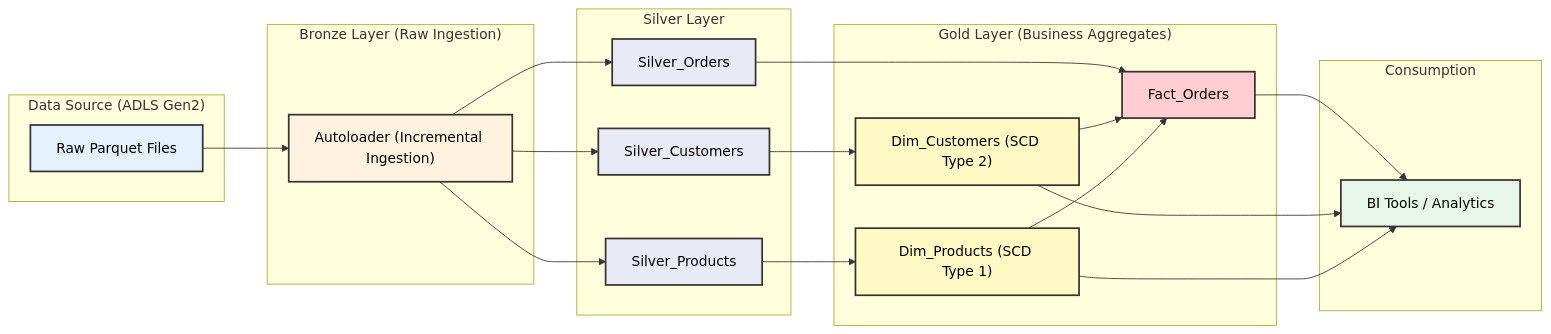
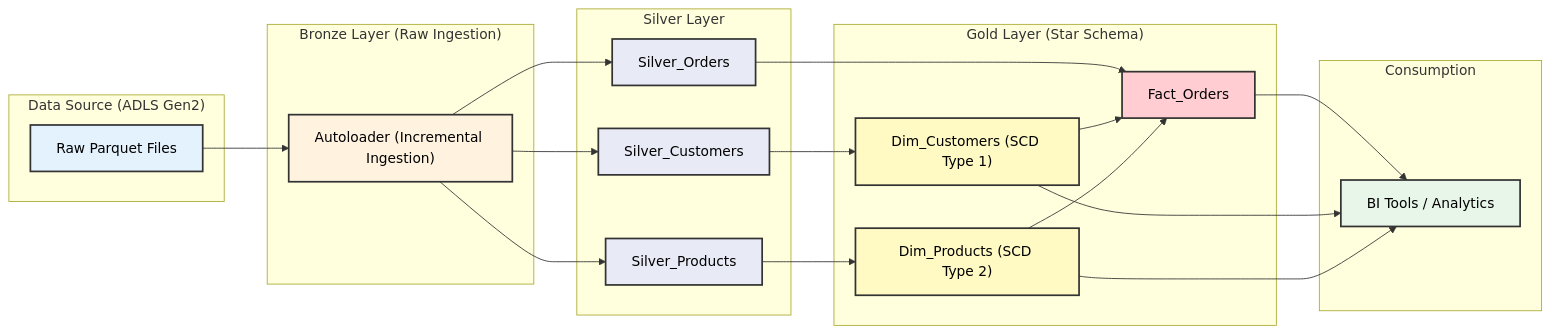
One commit to AshutoshBhate/DataEngineering changed the diagram in Azure_EndToEnd_Project/ReadME.md. Above: the diagram before and after it, drawn with Mermaid. The commit also changed other lines of this file and 2 other files, not shown here.

````diff
--- a/Azure_EndToEnd_Project/ReadME.md
+++ b/Azure_EndToEnd_Project/ReadME.md
@@ -32,66 +33,66 @@
 ```mermaid
 graph LR
     %% 1. Define all nodes first
     RawFiles["Raw Parquet Files"]
     AutoLoader["Autoloader (Incremental Ingestion)"]
     SilverCustomers["Silver_Customers"]
     SilverProducts["Silver_Products"]
     SilverOrders["Silver_Orders"]
-    DimCustomers["Dim_Customers (SCD Type 2)"]
-    DimProducts["Dim_Products (SCD Type 1)"]
+    DimCustomers["Dim_Customers (SCD Type 1)"]
+    DimProducts["Dim_Products (SCD Type 2)"]
     FactOrders["Fact_Orders"]
     BI["BI Tools / Analytics"]
 
     %% 2. Group nodes into subgraphs
     subgraph "Data Source (ADLS Gen2)"
         RawFiles
     end
 
     subgraph "Bronze Layer (Raw Ingestion)"
         AutoLoader
     end
 
     subgraph "Silver Layer"
         SilverCustomers
         SilverProducts
         SilverOrders
     end
 
-    subgraph "Gold Layer (Business Aggregates)"
+    subgraph "Gold Layer (Star Schema)"
         DimCustomers
         DimProducts
         FactOrders
     end
     
     subgraph "Consumption"
         BI
     end
 
     %% 3. Define the data flow (connections)
     RawFiles --> AutoLoader;
     AutoLoader --> SilverCustomers;
     AutoLoader --> SilverProducts;
     AutoLoader --> SilverOrders;
     
     SilverCustomers --> DimCustomers;
     SilverProducts --> DimProducts;
     
     SilverOrders --> FactOrders;
     DimCustomers --> FactOrders;
     DimProducts --> FactOrders;
     
     FactOrders --> BI;
     DimCustomers --> BI;
     DimProducts --> BI;
 
     %% 4. Apply styling at the end
     style RawFiles fill:#E3F2FD,stroke:#333,stroke-width:2px,color:black
     style AutoLoader fill:#FFF3E0,stroke:#333,stroke-width:2px,color:black
     style SilverCustomers fill:#E8EAF6,stroke:#333,stroke-width:2px,color:black
     style SilverProducts fill:#E8EAF6,stroke:#333,stroke-width:2px,color:black
     style SilverOrders fill:#E8EAF6,stroke:#333,stroke-width:2px,color:black
     style DimCustomers fill:#FFF9C4,stroke:#333,stroke-width:2px,color:black
     style DimProducts fill:#FFF9C4,stroke:#333,stroke-width:2px,color:black
     style FactOrders fill:#FFCDD2,stroke:#333,stroke-width:2px,color:black
     style BI fill:#E8F5E9,stroke:#333,stroke-width:2px,color:black
 ```
````
